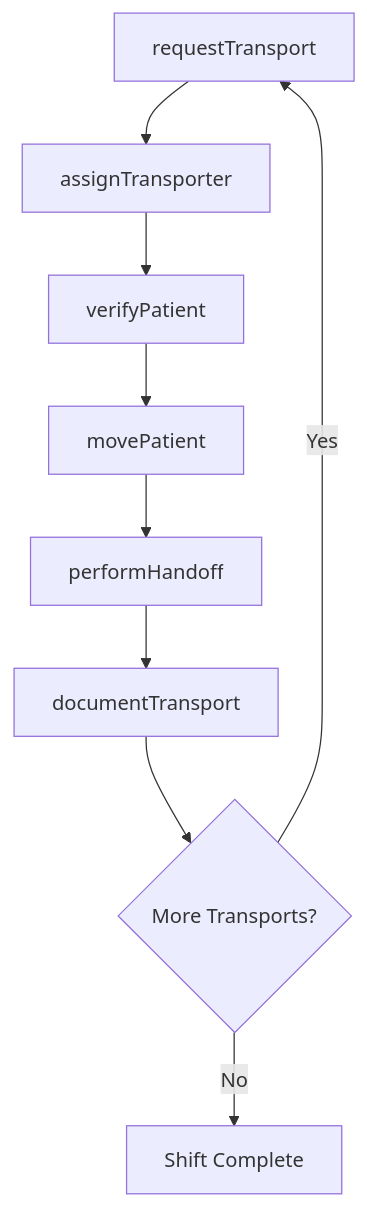
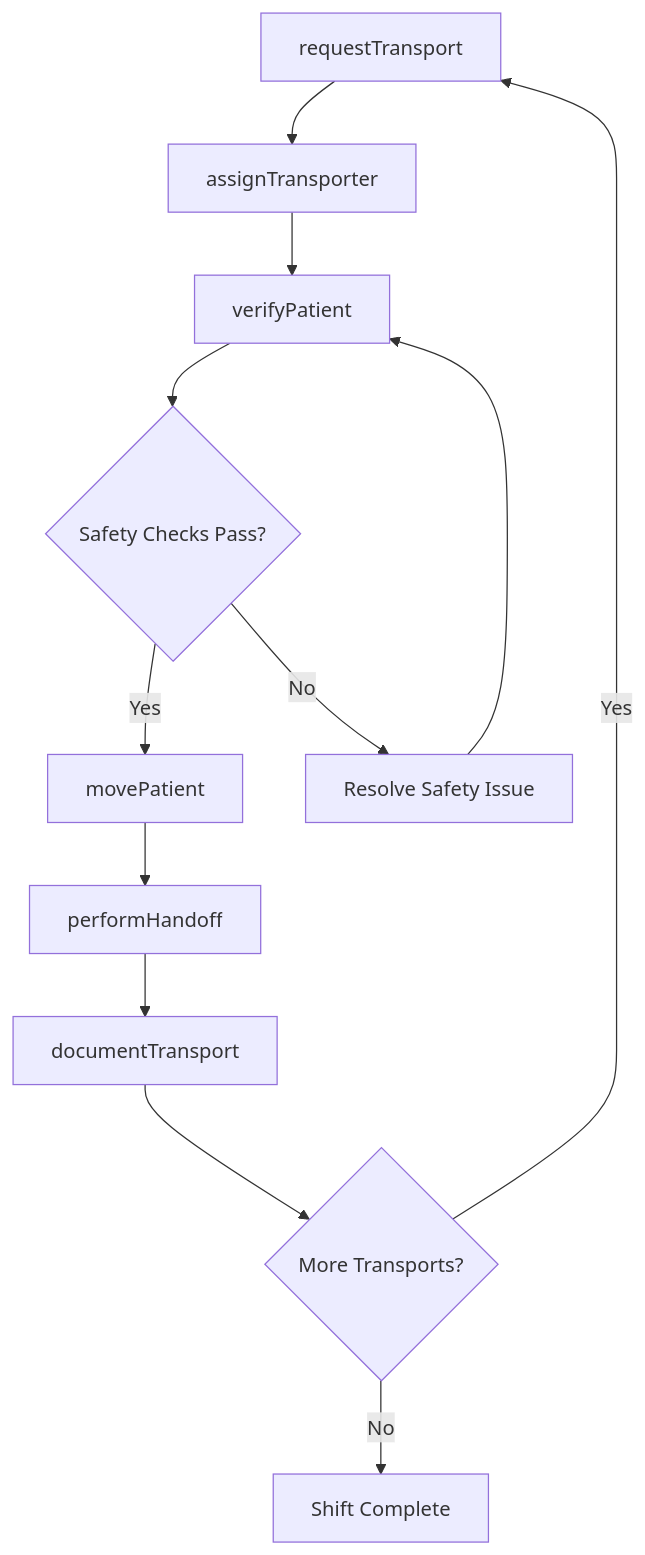
The third of 4 diagrams in PerformingGeneralPhysicalActivities/TransportPatientsOrClients/MovePatientsTreatmentAreas.mdx (dot-org-ai/tasks.org.ai), drawn with Mermaid before and after one commit. The commit also changed other lines of this file and 504 other files, not shown here.

First line of the commit message:
feat: Add ER diagrams, state diagrams, and workflow improvements to 96 DWA task files

````diff
--- a/PerformingGeneralPhysicalActivities/TransportPatientsOrClients/MovePatientsTreatmentAreas.mdx
+++ b/PerformingGeneralPhysicalActivities/TransportPatientsOrClients/MovePatientsTreatmentAreas.mdx
@@ -84,11 +112,14 @@
 ```mermaid
 graph TD
     A[requestTransport] --> B[assignTransporter]
     B --> C[verifyPatient]
-    C --> D[movePatient]
-    D --> E[performHandoff]
-    E --> F[documentTransport]
-    F --> G{More Transports?}
-    G -->|Yes| A
-    G -->|No| H[Shift Complete]
+    C --> D{Safety Checks Pass?}
+    D -->|Yes| E[movePatient]
+    D -->|No| F[Resolve Safety Issue]
+    F --> C
+    E --> G[performHandoff]
+    G --> H[documentTransport]
+    H --> I{More Transports?}
+    I -->|Yes| A
+    I -->|No| J[Shift Complete]
 ```
````
